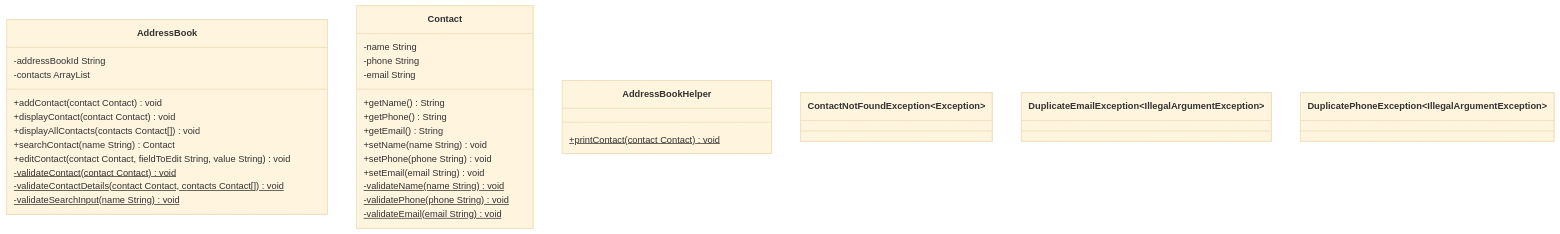
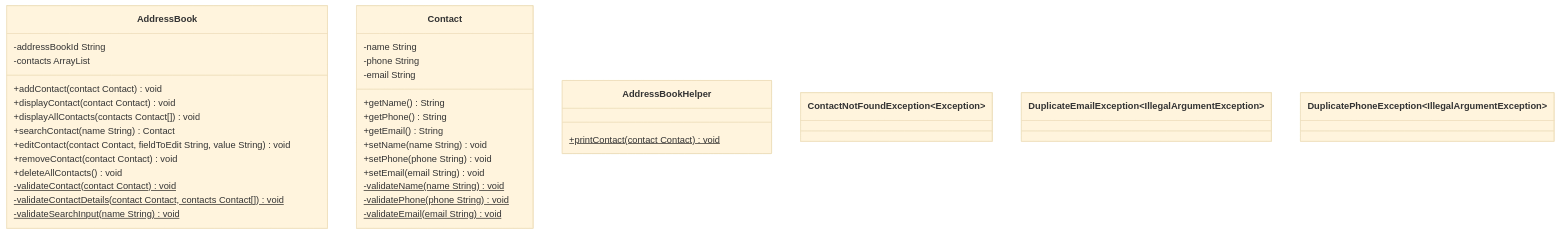
The diagram in docs/domain-models-test-plan.md (lokszechung/digital-futures-address-book-challenge), drawn with Mermaid (base theme) before and after one commit. The commit also changed other lines of this file and 3 other files, not shown here.

Commit message:
Add tests for delete all contacts

````diff
--- a/docs/domain-models-test-plan.md
+++ b/docs/domain-models-test-plan.md
@@ -72,41 +77,43 @@
 ```mermaid
 classDiagram
     class AddressBook {
         -addressBookId String
         -contacts ArrayList<Contact>
         +addContact(contact Contact) void
         +displayContact(contact Contact) void
         +displayAllContacts(contacts Contact[]) void
         +searchContact(name String) Contact
         +editContact(contact Contact, fieldToEdit String, value String) void
+        +removeContact(contact Contact) void
+        +deleteAllContacts() void
         -validateContact(contact Contact)$ void
         -validateContactDetails(contact Contact, contacts Contact[])$ void
         -validateSearchInput(name String)$ void
     }
     class Contact {
         -name String
         -phone String
         -email String
         +getName() String
         +getPhone() String
         +getEmail() String
         +setName(name String) void
         +setPhone(phone String) void
         +setEmail(email String) void
         -validateName(name String)$ void
         -validatePhone(phone String)$ void
         -validateEmail(email String)$ void
     }
     class AddressBookHelper {
         +printContact(contact Contact)$ void
     }
     class ContactNotFoundException~Exception~ {
         
     }
    class DuplicateEmailException~IllegalArgumentException~ {
 
    }
    class DuplicatePhoneException~IllegalArgumentException~ {
 
    }
 ```
````
